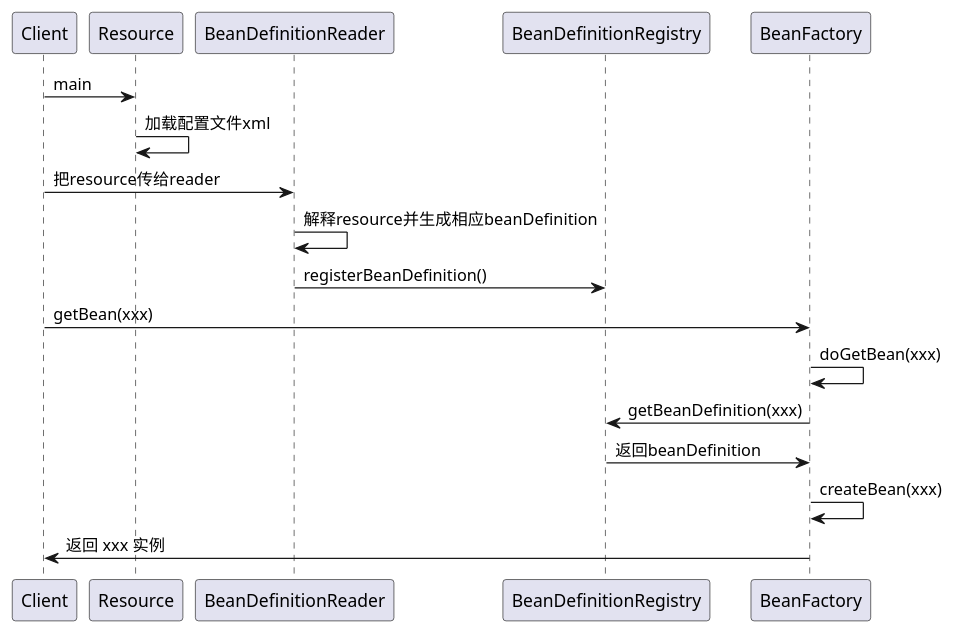
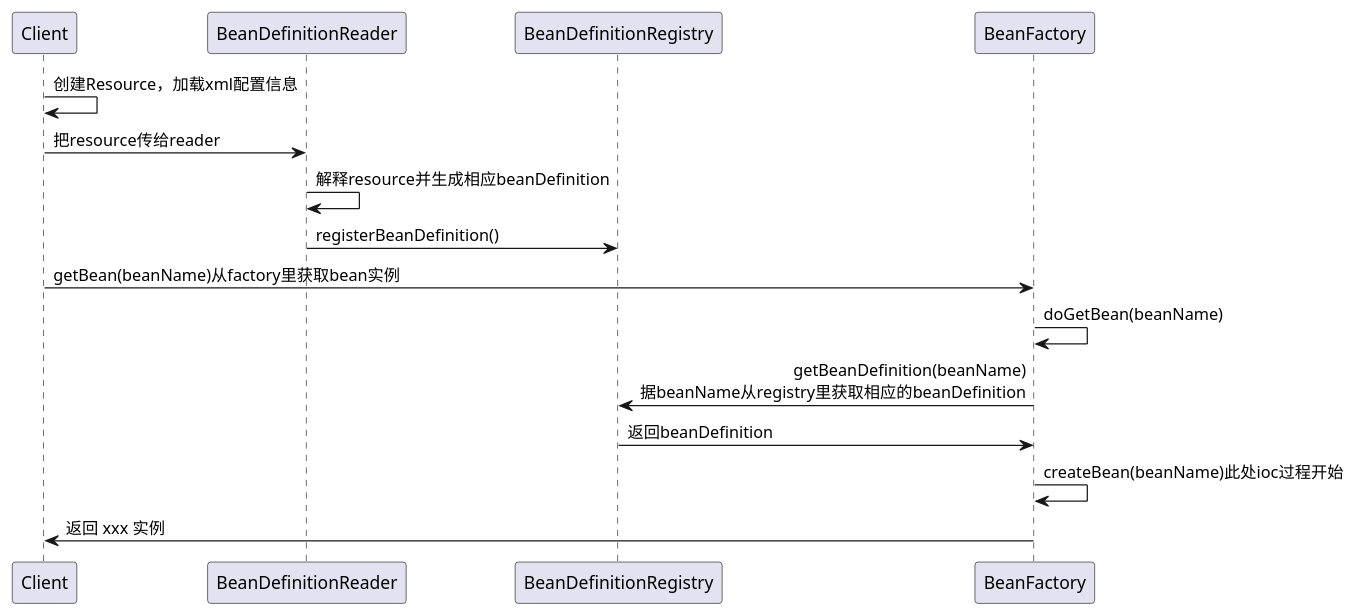
Before and after one commit to evefost/spring-src-study3: the diagram in spring-beans-src/sequece/bean-load.puml, drawn with PlantUML. The commit also changed 18 other files, not shown here.

```diff
--- a/spring-beans-src/sequece/bean-load.puml
+++ b/spring-beans-src/sequece/bean-load.puml
@@ -2,14 +2,13 @@
 @startuml
-Client -> Resource: main
-Resource -> Resource: 加载配置文件xml
+Client -> Client: 创建Resource，加载xml配置信息
 Client -> BeanDefinitionReader: 把resource传给reader
 BeanDefinitionReader -> BeanDefinitionReader: 解释resource并生成相应beanDefinition
 BeanDefinitionReader -> BeanDefinitionRegistry: registerBeanDefinition()
-Client -> BeanFactory: getBean(xxx)
-BeanFactory -> BeanFactory: doGetBean(xxx)
-BeanFactory -> BeanDefinitionRegistry: getBeanDefinition(xxx)
+Client -> BeanFactory: getBean(beanName)从factory里获取bean实例
+BeanFactory -> BeanFactory: doGetBean(beanName)
+BeanFactory -> BeanDefinitionRegistry: getBeanDefinition(beanName)\r据beanName从registry里获取相应的beanDefinition
 BeanDefinitionRegistry -> BeanFactory: 返回beanDefinition
-BeanFactory -> BeanFactory: createBean(xxx)
+BeanFactory -> BeanFactory: createBean(beanName)此处ioc过程开始
 BeanFactory -> Client: 返回 xxx 实例
 
 @enduml
```
